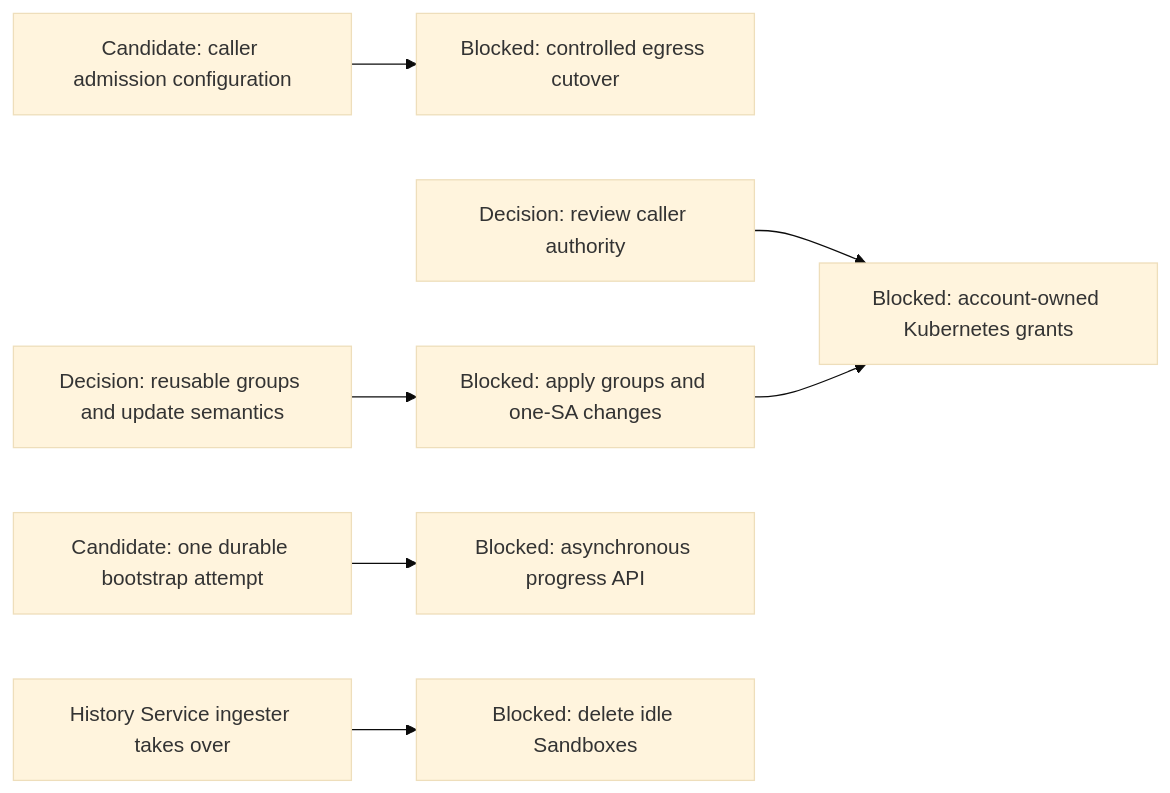
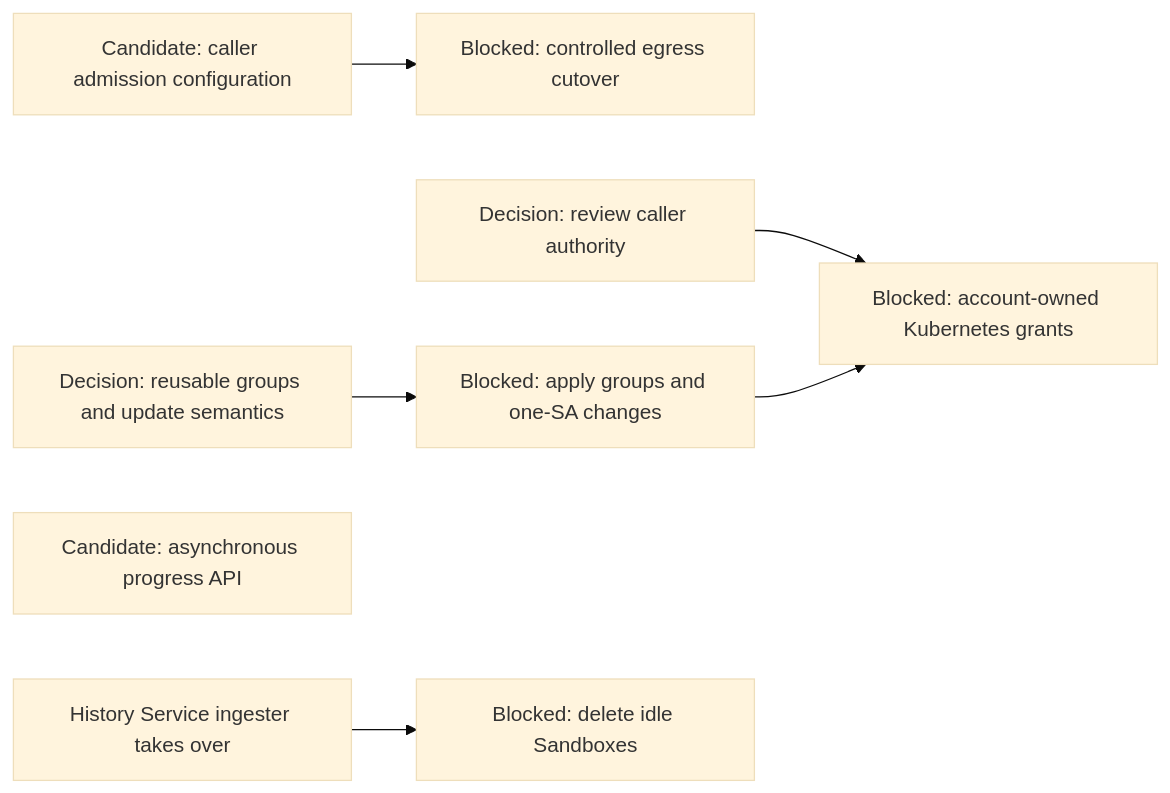
The seventh of 11 diagrams in agentplane/plans/task_dag.md (agentydragon-agent/ducktape), drawn with Mermaid (base theme) before and after one commit. The commit also changed other lines of this file and 9 other files, not shown here.

````diff
--- a/agentplane/plans/task_dag.md
+++ b/agentplane/plans/task_dag.md
@@ -519,9 +519,9 @@
 ```mermaid
 flowchart LR
     PC_EGRESS_CREDENTIALS[Candidate: caller admission configuration] --> PC_EGRESS[Blocked: controlled egress cutover]
     CLAUDE_AI_SA[Decision: review caller authority] --> MANAGED_SA_RBAC[Blocked: account-owned Kubernetes grants]
     KUBERNETES_RBAC_POLICIES[Decision: reusable groups and update semantics] --> KUBERNETES_RBAC_POLICY_BINDINGS[Blocked: apply groups and one-SA changes]
     KUBERNETES_RBAC_POLICY_BINDINGS --> MANAGED_SA_RBAC
-    BOOTSTRAP_ATTEMPT_RECEIPT[Candidate: one durable bootstrap attempt] --> BOOTSTRAP_PROGRESS_CONTRACT[Blocked: asynchronous progress API]
+    BOOTSTRAP_PROGRESS_CONTRACT[Candidate: asynchronous progress API]
     HISTORY_WRITE_HANDOFF[History Service ingester takes over] --> SANDBOX_IDLE_EXPIRY[Blocked: delete idle Sandboxes]
 ```
````
